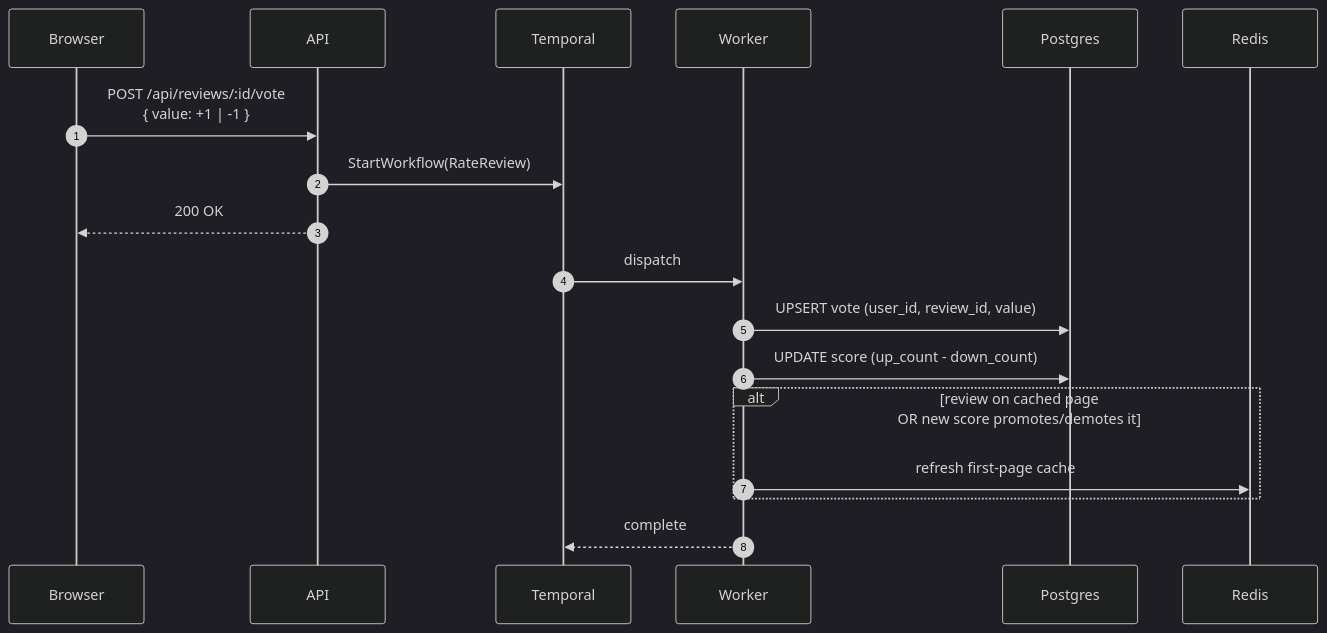
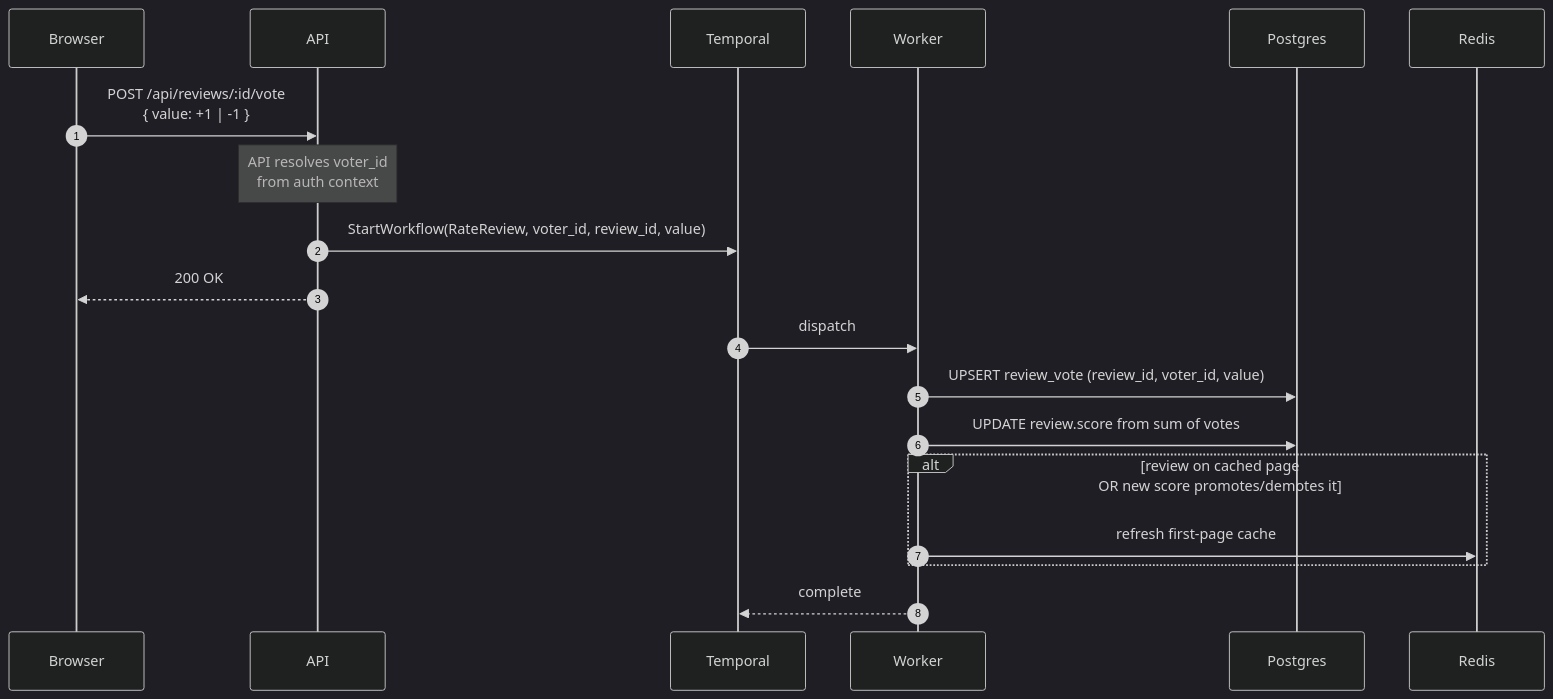
Before and after one commit to KaliCZ/reviews: the seventh of 7 diagrams in docs/flows.md, drawn with Mermaid (dark theme). The commit also changed other lines of this file, not shown here.

First line of the commit message:
Make per-user vote tracking explicit in flow 4

````diff
--- a/docs/flows.md
+++ b/docs/flows.md
@@ -146,23 +172,24 @@
 ```mermaid
 sequenceDiagram
     autonumber
     participant B as Browser
     participant A as API
     participant T as Temporal
     participant W as Worker
     participant P as Postgres
     participant R as Redis
 
     B->>A: POST /api/reviews/:id/vote<br/>{ value: +1 | -1 }
-    A->>T: StartWorkflow(RateReview)
+    Note over A: API resolves voter_id<br/>from auth context
+    A->>T: StartWorkflow(RateReview, voter_id, review_id, value)
     A-->>B: 200 OK
     T->>W: dispatch
-    W->>P: UPSERT vote (user_id, review_id, value)
-    W->>P: UPDATE score (up_count - down_count)
+    W->>P: UPSERT review_vote (review_id, voter_id, value)
+    W->>P: UPDATE review.score from sum of votes
 
     alt review on cached page<br/>OR new score promotes/demotes it
         W->>R: refresh first-page cache
     end
 
     W-->>T: complete
 ```
````
